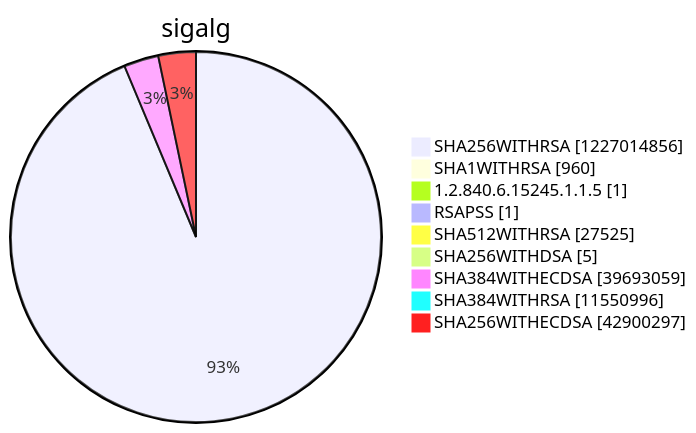
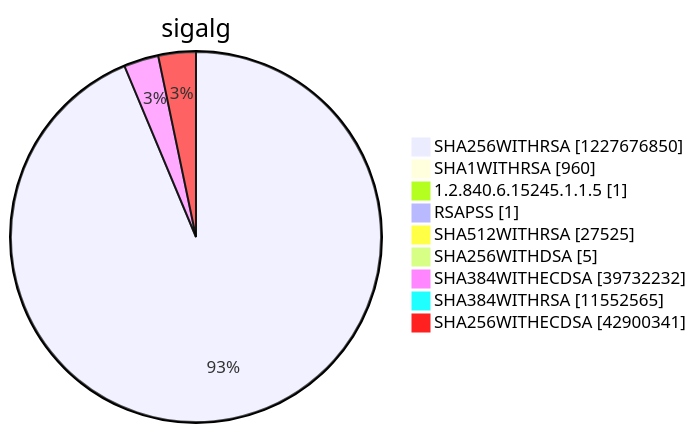
One commit to christiankrug/ctmonitor_visualization changed diagram 15 of 15 in argon2022/README.md. Above: the diagram before and after it, drawn with Mermaid. The commit also changed other lines of this file, not shown here.

````diff
--- a/argon2022/README.md
+++ b/argon2022/README.md
@@ -5522,13 +5522,13 @@
 ```mermaid
 pie showData
 title sigalg
-"SHA256WITHRSA" :1227014856
+"SHA256WITHRSA" :1227676850
 "SHA1WITHRSA" :960
 "1.2.840.6.15245.1.1.5" :1
 "RSAPSS" :1
 "SHA512WITHRSA" :27525
 "SHA256WITHDSA" :5
-"SHA384WITHECDSA" :39693059
-"SHA384WITHRSA" :11550996
-"SHA256WITHECDSA" :42900297
+"SHA384WITHECDSA" :39732232
+"SHA384WITHRSA" :11552565
+"SHA256WITHECDSA" :42900341
 ```
````
